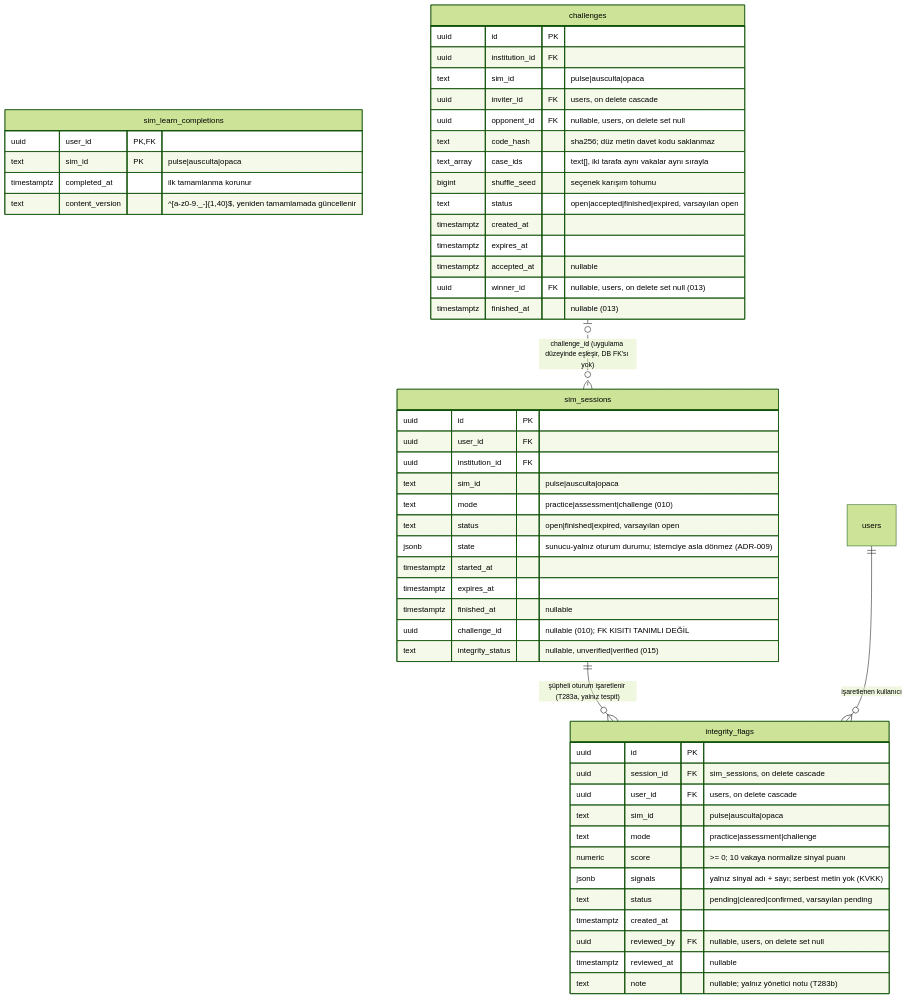
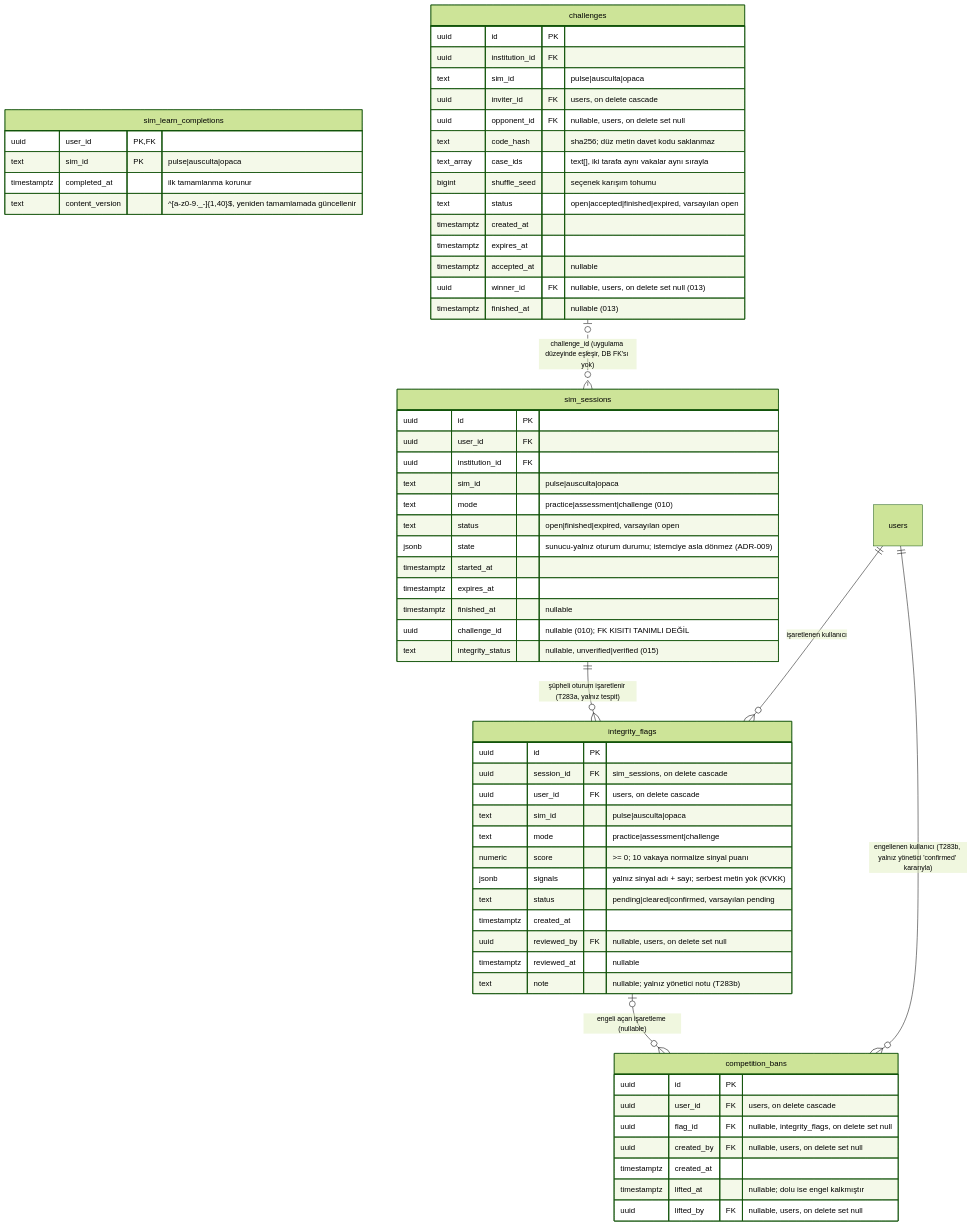
Before and after one commit to ozankaraca10/egemed: the fourth of 7 diagrams in docs/sema/veritabani.md, drawn with Mermaid (forest theme). The commit also changed other lines of this file and 19 other files, not shown here.

Commit message:
T283b: bütünlük işareti yönetici kararı ve rekabet engeli — yalnız onayla, kaldırılabilir (Sonnet; review: Claude)

````diff
--- a/docs/sema/veritabani.md
+++ b/docs/sema/veritabani.md
@@ -240,57 +240,68 @@
 ```mermaid
 erDiagram
   sim_sessions {
     uuid id PK
     uuid user_id FK
     uuid institution_id FK
     text sim_id "pulse|ausculta|opaca"
     text mode "practice|assessment|challenge (010)"
     text status "open|finished|expired, varsayılan open"
     jsonb state "sunucu-yalnız oturum durumu; istemciye asla dönmez (ADR-009)"
     timestamptz started_at
     timestamptz expires_at
     timestamptz finished_at "nullable"
     uuid challenge_id "nullable (010); FK KISITI TANIMLI DEĞİL"
     text integrity_status "nullable, unverified|verified (015)"
   }
   integrity_flags {
     uuid id PK
     uuid session_id FK "sim_sessions, on delete cascade"
     uuid user_id FK "users, on delete cascade"
     text sim_id "pulse|ausculta|opaca"
     text mode "practice|assessment|challenge"
     numeric score ">= 0; 10 vakaya normalize sinyal puanı"
     jsonb signals "yalnız sinyal adı + sayı; serbest metin yok (KVKK)"
     text status "pending|cleared|confirmed, varsayılan pending"
     timestamptz created_at
     uuid reviewed_by FK "nullable, users, on delete set null"
     timestamptz reviewed_at "nullable"
     text note "nullable; yalnız yönetici notu (T283b)"
   }
+  competition_bans {
+    uuid id PK
+    uuid user_id FK "users, on delete cascade"
+    uuid flag_id FK "nullable, integrity_flags, on delete set null"
+    uuid created_by FK "nullable, users, on delete set null"
+    timestamptz created_at
+    timestamptz lifted_at "nullable; dolu ise engel kalkmıştır"
+    uuid lifted_by FK "nullable, users, on delete set null"
+  }
   sim_learn_completions {
     uuid user_id PK, FK
     text sim_id PK "pulse|ausculta|opaca"
     timestamptz completed_at "ilk tamamlanma korunur"
     text content_version "^[a-z0-9._-]{1,40}$, yeniden tamamlamada güncellenir"
   }
   challenges {
     uuid id PK
     uuid institution_id FK
     text sim_id "pulse|ausculta|opaca"
     uuid inviter_id FK "users, on delete cascade"
     uuid opponent_id FK "nullable, users, on delete set null"
     text code_hash "sha256; düz metin davet kodu saklanmaz"
     text_array case_ids "text[], iki tarafa aynı vakalar aynı sırayla"
     bigint shuffle_seed "seçenek karışım tohumu"
     text status "open|accepted|finished|expired, varsayılan open"
     timestamptz created_at
     timestamptz expires_at
     timestamptz accepted_at "nullable"
     uuid winner_id FK "nullable, users, on delete set null (013)"
     timestamptz finished_at "nullable (013)"
   }
 
   challenges |o..o{ sim_sessions : "challenge_id (uygulama düzeyinde eşleşir, DB FK'sı yok)"
   sim_sessions ||--o{ integrity_flags : "şüpheli oturum işaretlenir (T283a, yalnız tespit)"
   users ||--o{ integrity_flags : "işaretlenen kullanıcı"
+  users ||--o{ competition_bans : "engellenen kullanıcı (T283b, yalnız yönetici 'confirmed' kararıyla)"
+  integrity_flags |o--o{ competition_bans : "engeli açan işaretleme (nullable)"
 ```
````
